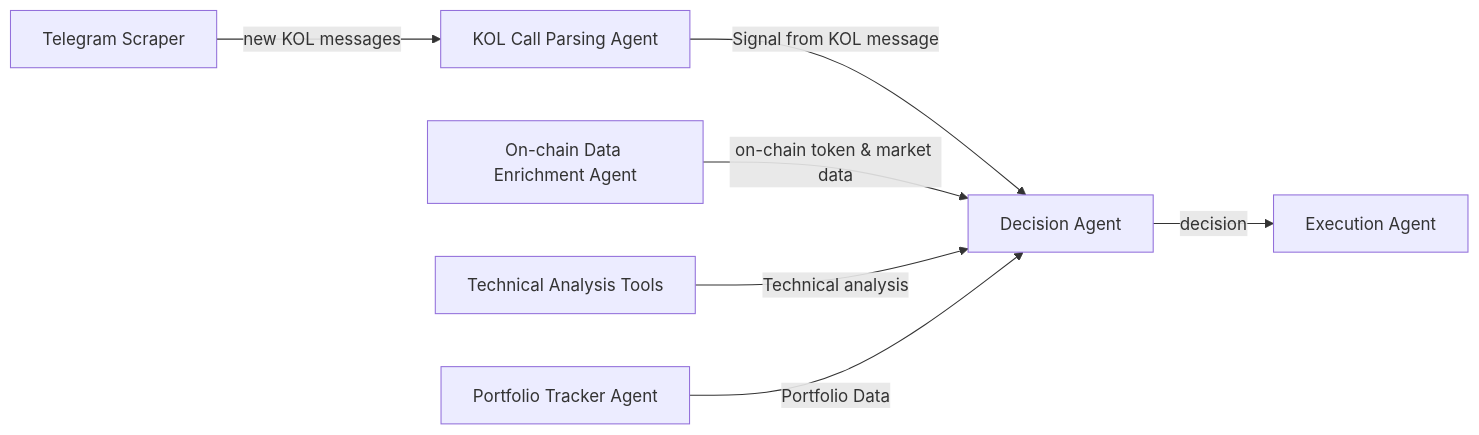
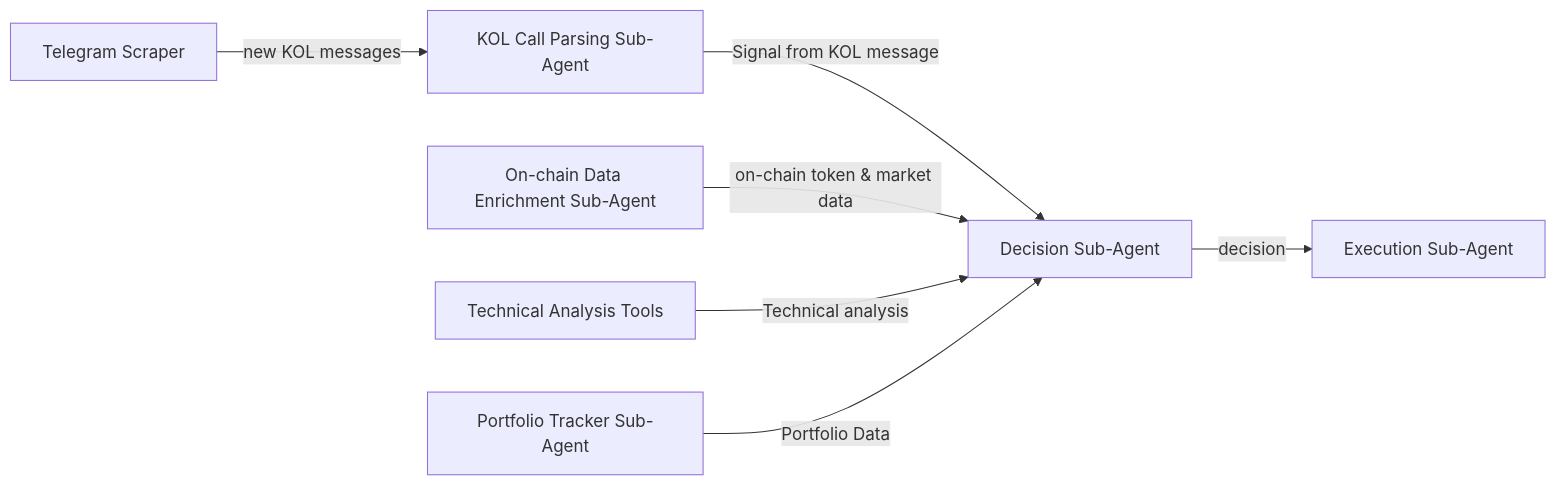
Before and after one commit to gist-kol-copy-trade-agent/agent-system: the second of 2 diagrams in README.md, drawn with Mermaid. The commit also changed other lines of this file and 7 other files, not shown here.

````diff
--- a/README.md
+++ b/README.md
@@ -105,9 +105,9 @@
 ```mermaid
 flowchart LR
-    SCRAPER["Telegram Scraper"] -->|"new KOL messages"| PARSER["KOL Call Parsing Agent"]
-    PARSER -->|"Signal from KOL message"| DECISION["Decision Agent"]
-    ENRICH["On-chain Data Enrichment Agent"] -->|"on-chain token & market data"| DECISION
+    SCRAPER["Telegram Scraper"] -->|"new KOL messages"| PARSER["KOL Call Parsing Sub-Agent"]
+    PARSER -->|"Signal from KOL message"| DECISION["Decision Sub-Agent"]
+    ENRICH["On-chain Data Enrichment Sub-Agent"] -->|"on-chain token & market data"| DECISION
     TA["Technical Analysis Tools"] -->|"Technical analysis"| DECISION
-    PORTFOLIO["Portfolio Tracker Agent"] -->|"Portfolio Data"| DECISION
-    DECISION -->|"decision"| EXECUTION["Execution Agent"]
+    PORTFOLIO["Portfolio Tracker Sub-Agent"] -->|"Portfolio Data"| DECISION
+    DECISION -->|"decision"| EXECUTION["Execution Sub-Agent"]
 ```
````
